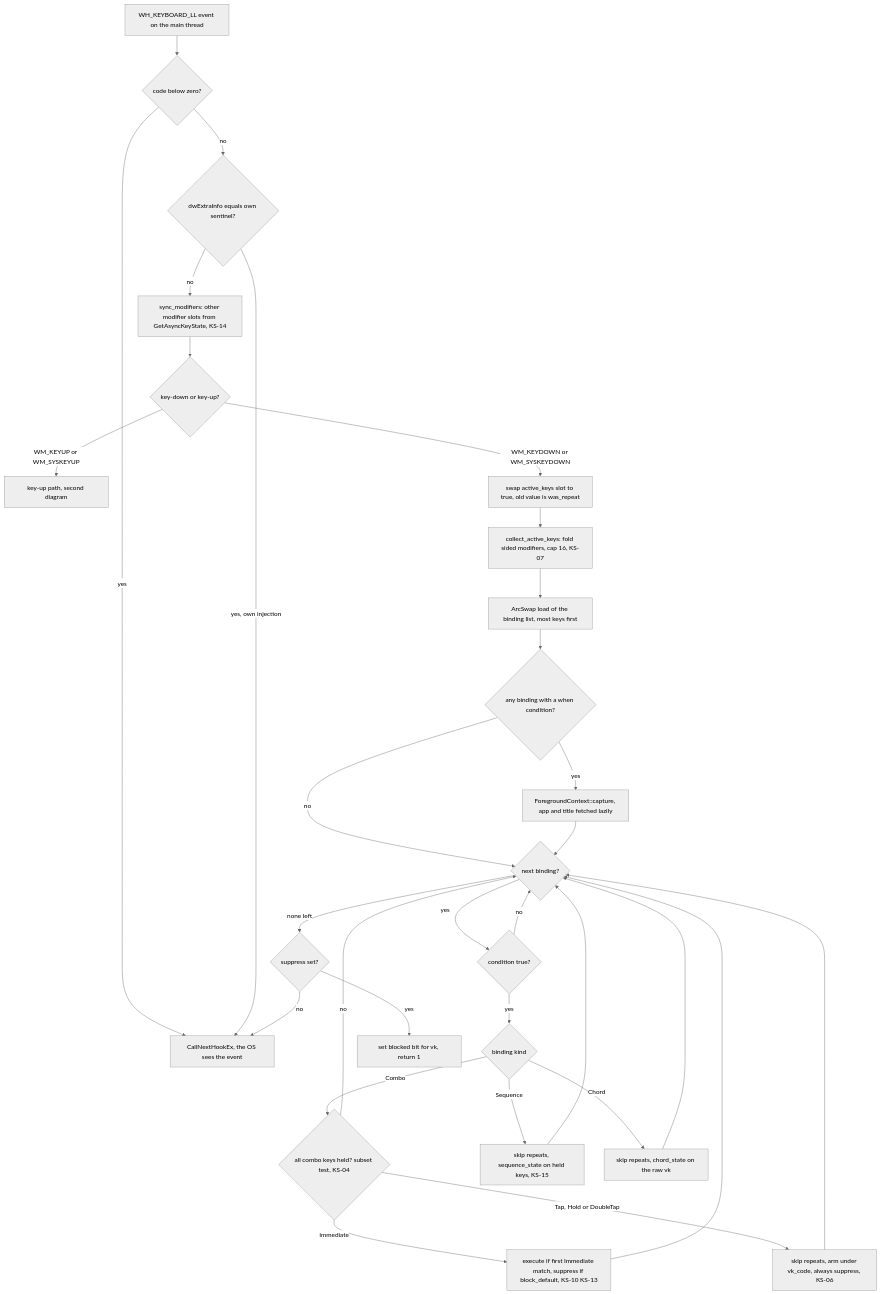
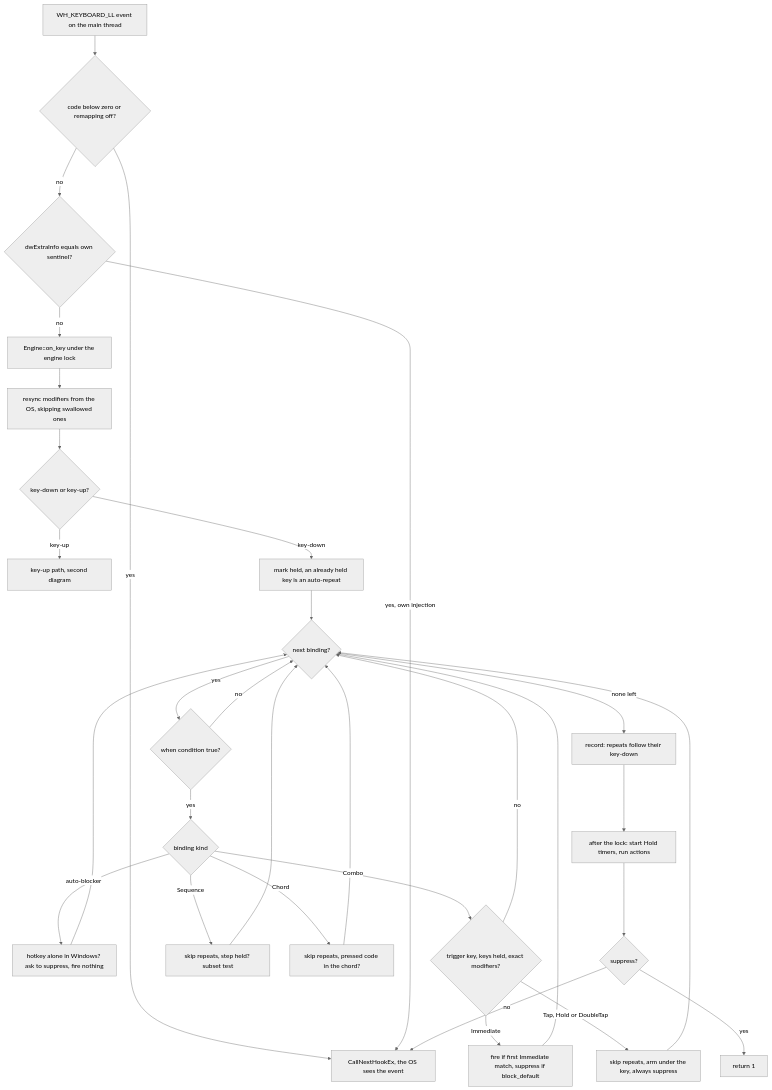
The third of 7 diagrams in book/src/architecture.md (bluesteelll/key-switch-rs), drawn with Mermaid (neutral theme) before and after one commit. The commit also changed other lines of this file and 19 other files, not shown here.

First line of the commit message:
Book: describe master after roadmap Phase 0 (1dfd80a)

````diff
--- a/book/src/architecture.md
+++ b/book/src/architecture.md
@@ -202,33 +219,33 @@
 ```mermaid
 flowchart TD
-    EV["WH_KEYBOARD_LL event on the main thread"] --> C0{"code below zero?"}
+    EV["WH_KEYBOARD_LL event on the main thread"] --> C0{"code below zero or remapping off?"}
     C0 -->|"yes"| PASS["CallNextHookEx, the OS sees the event"]
     C0 -->|"no"| SEN{"dwExtraInfo equals own sentinel?"}
     SEN -->|"yes, own injection"| PASS
-    SEN -->|"no"| SYNC["sync_modifiers: other modifier slots from GetAsyncKeyState, KS-14"]
+    SEN -->|"no"| LOCK["Engine::on_key under the engine lock"]
+    LOCK --> SYNC["resync modifiers from the OS, skipping swallowed ones"]
     SYNC --> DIR{"key-down or key-up?"}
-    DIR -->|"WM_KEYUP or WM_SYSKEYUP"| UPREF["key-up path, second diagram"]
-    DIR -->|"WM_KEYDOWN or WM_SYSKEYDOWN"| REP["swap active_keys slot to true, old value is was_repeat"]
-    REP --> COL["collect_active_keys: fold sided modifiers, cap 16, KS-07"]
-    COL --> SNAP["ArcSwap load of the binding list, most keys first"]
-    SNAP --> CTX{"any binding with a when condition?"}
-    CTX -->|"no"| NEXT{"next binding?"}
-    CTX -->|"yes"| CAP["ForegroundContext::capture, app and title fetched lazily"]
-    CAP --> NEXT
-    NEXT -->|"yes"| CND{"condition true?"}
+    DIR -->|"key-up"| UPREF["key-up path, second diagram"]
+    DIR -->|"key-down"| REP["mark held, an already held key is an auto-repeat"]
+    REP --> NEXT{"next binding?"}
+    NEXT -->|"yes"| CND{"when condition true?"}
     CND -->|"no"| NEXT
     CND -->|"yes"| KND{"binding kind"}
-    KND -->|"Combo"| MT{"all combo keys held? subset test, KS-04"}
+    KND -->|"auto-blocker"| BLK["hotkey alone in Windows? ask to suppress, fire nothing"]
+    KND -->|"Combo"| MT{"trigger key, keys held, exact modifiers?"}
     MT -->|"no"| NEXT
-    MT -->|"Immediate"| IMM["execute if first Immediate match, suppress if block_default, KS-10 KS-13"]
-    MT -->|"Tap, Hold or DoubleTap"| DEF["skip repeats, arm under vk_code, always suppress, KS-06"]
-    KND -->|"Sequence"| SQ["skip repeats, sequence_state on held keys, KS-15"]
-    KND -->|"Chord"| CH["skip repeats, chord_state on the raw vk"]
+    MT -->|"Immediate"| IMM["fire if first Immediate match, suppress if block_default"]
+    MT -->|"Tap, Hold or DoubleTap"| DEF["skip repeats, arm under the key, always suppress"]
+    KND -->|"Sequence"| SQ["skip repeats, step held? subset test"]
+    KND -->|"Chord"| CH["skip repeats, pressed code in the chord?"]
+    BLK --> NEXT
     IMM --> NEXT
     DEF --> NEXT
     SQ --> NEXT
     CH --> NEXT
-    NEXT -->|"none left"| SUP{"suppress set?"}
-    SUP -->|"yes"| BLK["set blocked bit for vk, return 1"]
+    NEXT -->|"none left"| REC["record: repeats follow their key-down"]
+    REC --> OUT["after the lock: start Hold timers, run actions"]
+    OUT --> SUP{"suppress?"}
+    SUP -->|"yes"| DROP["return 1"]
     SUP -->|"no"| PASS
 ```
````
